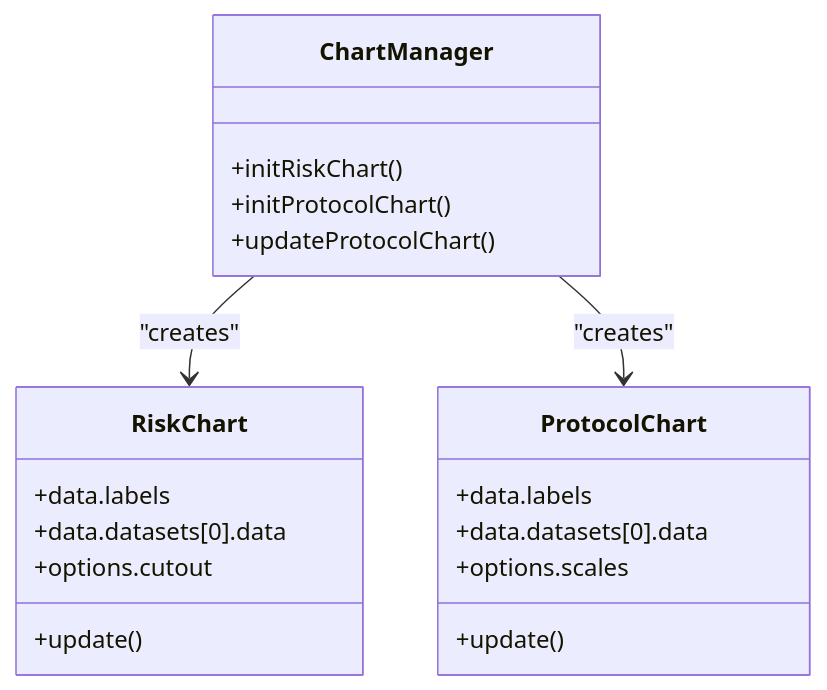
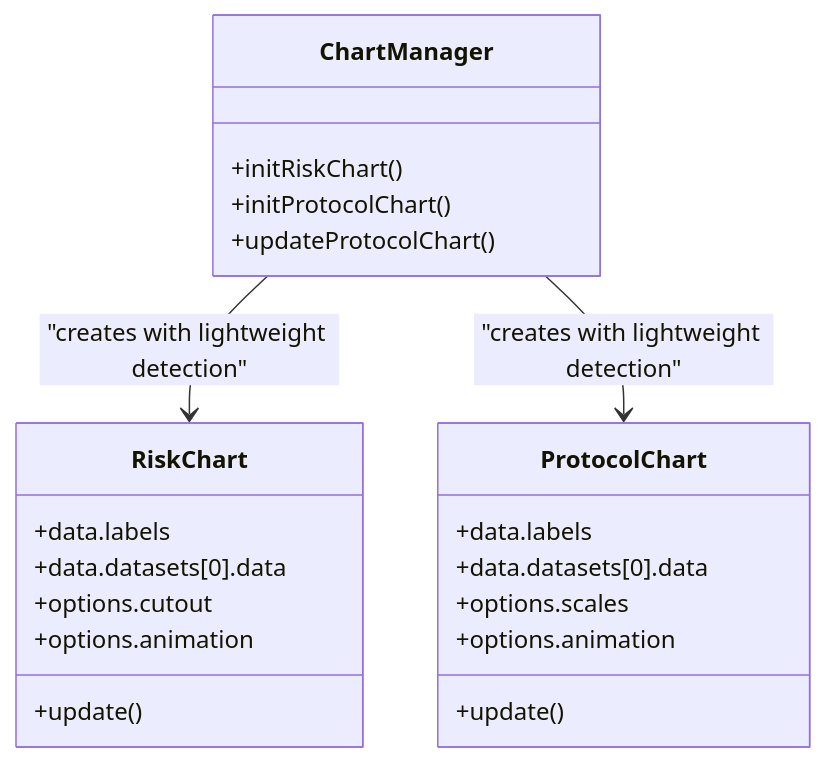
One commit to MohandWaleed3/PentexOne changed diagram 11 of 16 in .qoder/repowiki/en/content/Frontend Dashboard.md. Above: the diagram before and after it, drawn with Mermaid. The commit also changed other lines of this file and 17 other files, not shown here.

````diff
--- a/.qoder/repowiki/en/content/Frontend Dashboard.md
+++ b/.qoder/repowiki/en/content/Frontend Dashboard.md
@@ -231,22 +409,24 @@
 ```mermaid
 classDiagram
 class ChartManager {
 +initRiskChart()
 +initProtocolChart()
 +updateProtocolChart()
 }
 class RiskChart {
 +data.labels
 +data.datasets[0].data
 +options.cutout
++options.animation
 +update()
 }
 class ProtocolChart {
 +data.labels
 +data.datasets[0].data
 +options.scales
++options.animation
 +update()
 }
-ChartManager --> RiskChart : "creates"
-ChartManager --> ProtocolChart : "creates"
+ChartManager --> RiskChart : "creates with lightweight detection"
+ChartManager --> ProtocolChart : "creates with lightweight detection"
 ```
````
